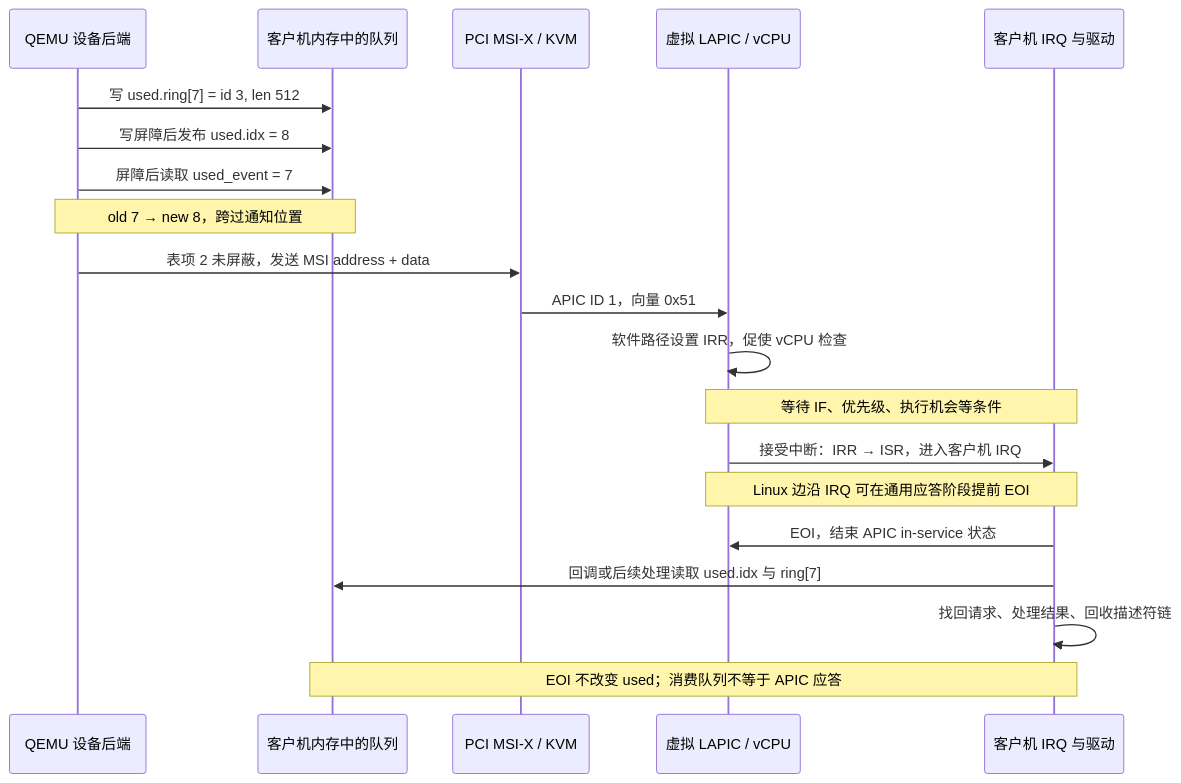
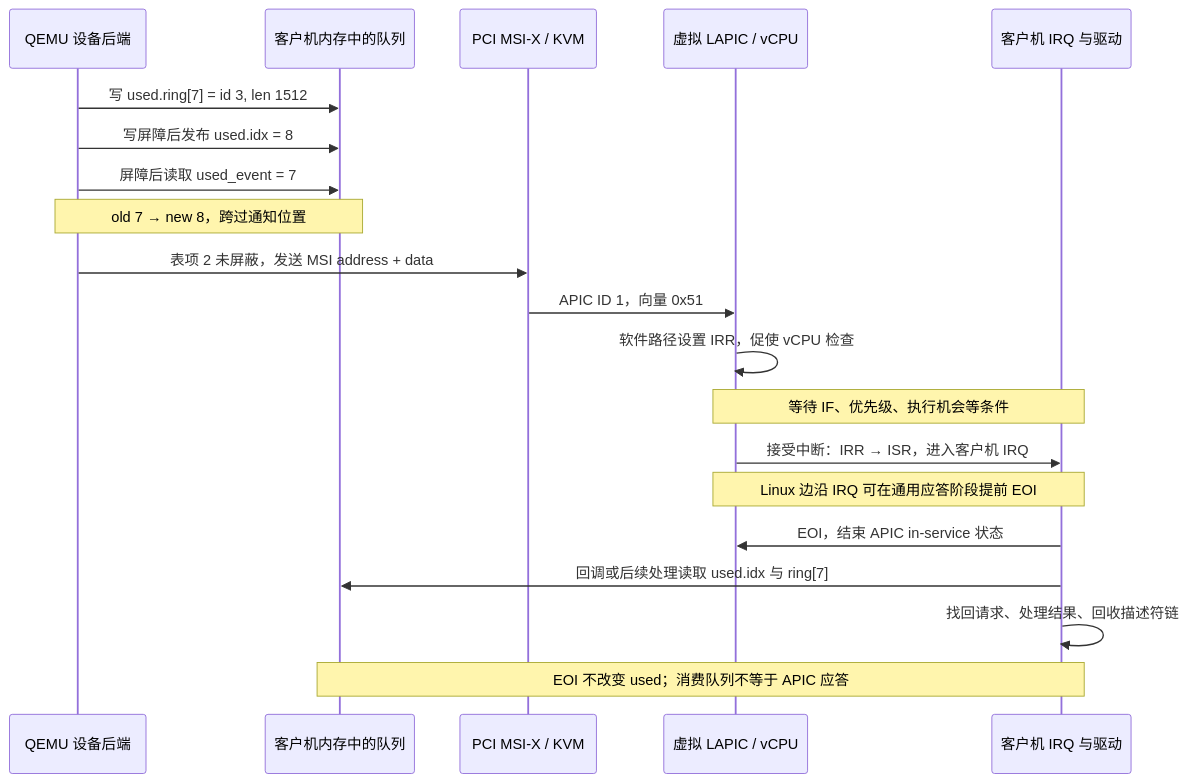
Before and after one commit to taifuer/virt_report: the diagram in virt_report/content/diagrams/interrupt-completion.mmd, drawn with Mermaid. The commit also changed 110 other files, not shown here.

```diff
--- a/virt_report/content/diagrams/interrupt-completion.mmd
+++ b/virt_report/content/diagrams/interrupt-completion.mmd
@@ -1,22 +1,22 @@
 sequenceDiagram
     accTitle: virtio 完成发布、MSI-X 通知与客户机处理
     accDescr: QEMU 先写 used 项并发布索引，通知条件满足后发送 MSI。KVM 记录 LAPIC 待处理状态，客户机能够接受中断时进入 IRQ 流程。APIC EOI 与驱动读取完成队列分属两个层次，EOI 不回收描述符。
     participant D as QEMU 设备后端
     participant M as 客户机内存中的队列
     participant P as PCI MSI-X / KVM
     participant A as 虚拟 LAPIC / vCPU
     participant G as 客户机 IRQ 与驱动
-    D->>M: 写 used.ring[7] = id 3, len 512
+    D->>M: 写 used.ring[7] = id 3, len 1512
     D->>M: 写屏障后发布 used.idx = 8
     D->>M: 屏障后读取 used_event = 7
     Note over D,M: old 7 → new 8，跨过通知位置
     D->>P: 表项 2 未屏蔽，发送 MSI address + data
     P->>A: APIC ID 1，向量 0x51
     A->>A: 软件路径设置 IRR，促使 vCPU 检查
     Note over A,G: 等待 IF、优先级、执行机会等条件
     A->>G: 接受中断：IRR → ISR，进入客户机 IRQ
     Note over A,G: Linux 边沿 IRQ 可在通用应答阶段提前 EOI
     G->>A: EOI，结束 APIC in-service 状态
     G->>M: 回调或后续处理读取 used.idx 与 ring[7]
     G->>G: 找回请求、处理结果、回收描述符链
     Note over M,G: EOI 不改变 used；消费队列不等于 APIC 应答
```
